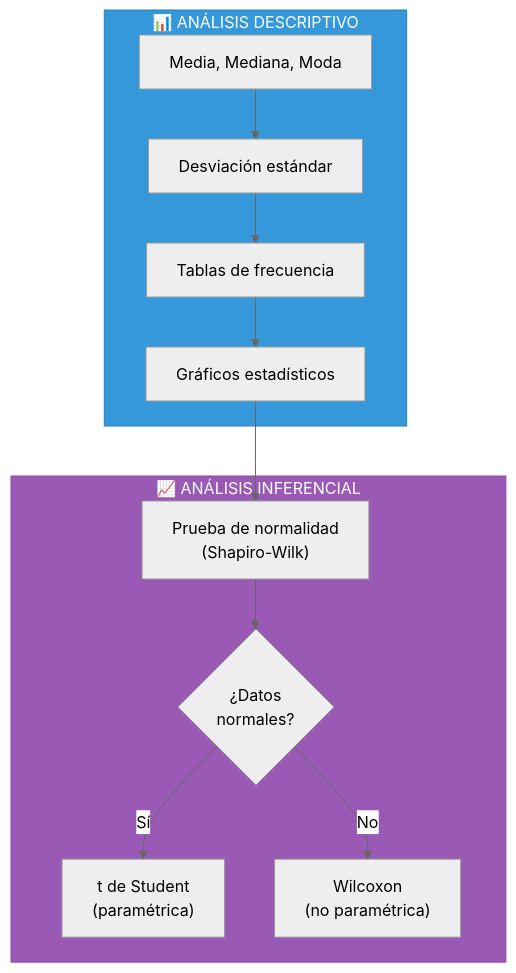
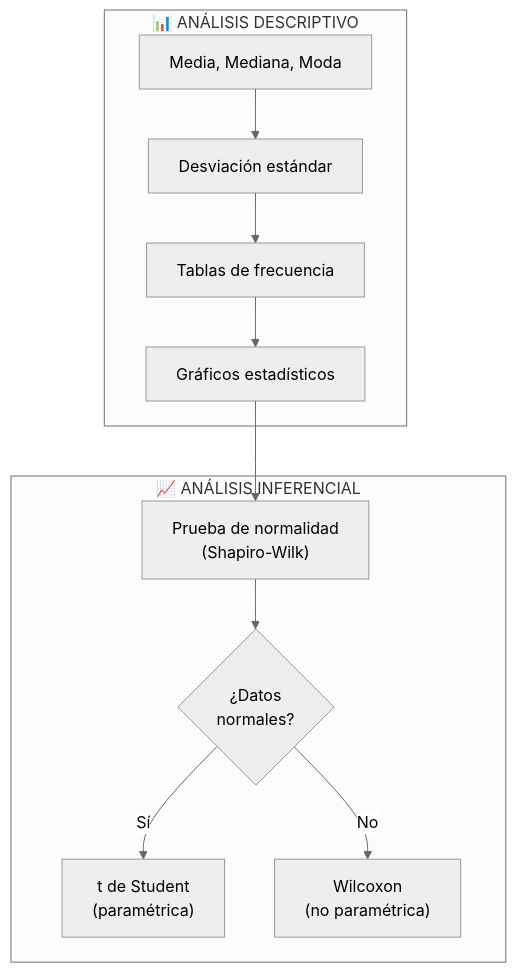
Before and after one commit to decagraff/LCService: the sixth of 8 diagrams in docs/04-metodologia/README.md, drawn with Mermaid (neutral theme). The commit also changed other lines of this file and 7 other files, not shown here.

````diff
--- a/docs/04-metodologia/README.md
+++ b/docs/04-metodologia/README.md
@@ -198,25 +188,23 @@
 ```mermaid
 flowchart TB
     subgraph descriptivo["📊 ANÁLISIS DESCRIPTIVO"]
         D1["Media, Mediana, Moda"]
         D2["Desviación estándar"]
         D3["Tablas de frecuencia"]
         D4["Gráficos estadísticos"]
     end
 
     subgraph inferencial["📈 ANÁLISIS INFERENCIAL"]
         I1["Prueba de normalidad<br/>(Shapiro-Wilk)"]
         I2{"¿Datos<br/>normales?"}
         I3["t de Student<br/>(paramétrica)"]
         I4["Wilcoxon<br/>(no paramétrica)"]
     end
 
     D1 --> D2 --> D3 --> D4
     D4 --> I1
     I1 --> I2
     I2 -->|Sí| I3
     I2 -->|No| I4
 
-    style descriptivo fill:#3498db,stroke:#2980b9,color:#fff
-    style inferencial fill:#9b59b6,stroke:#8e44ad,color:#fff
 ```
````
